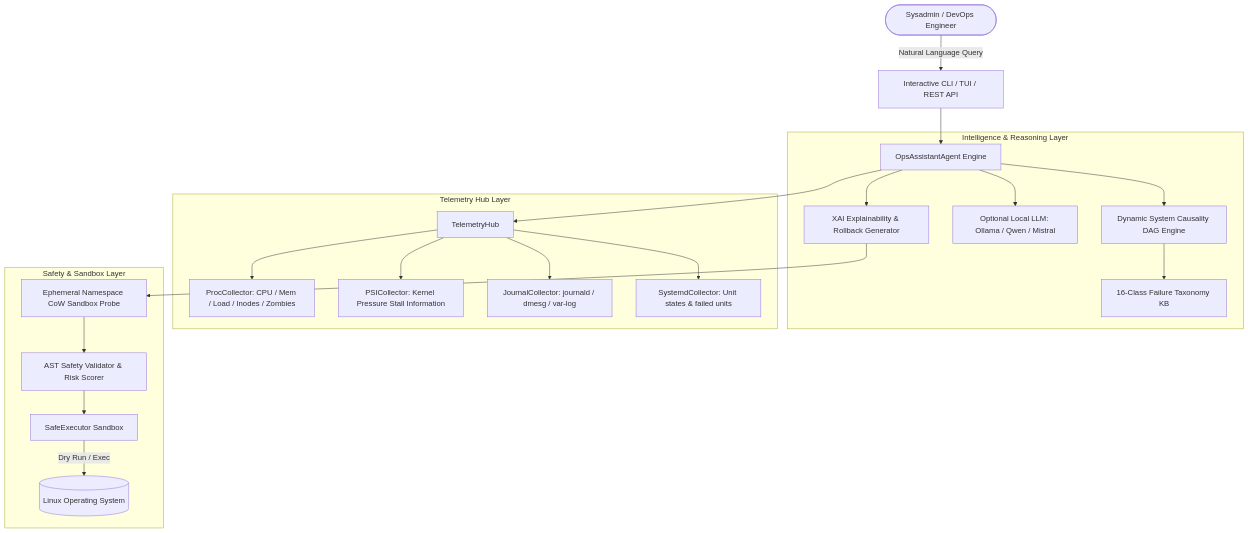
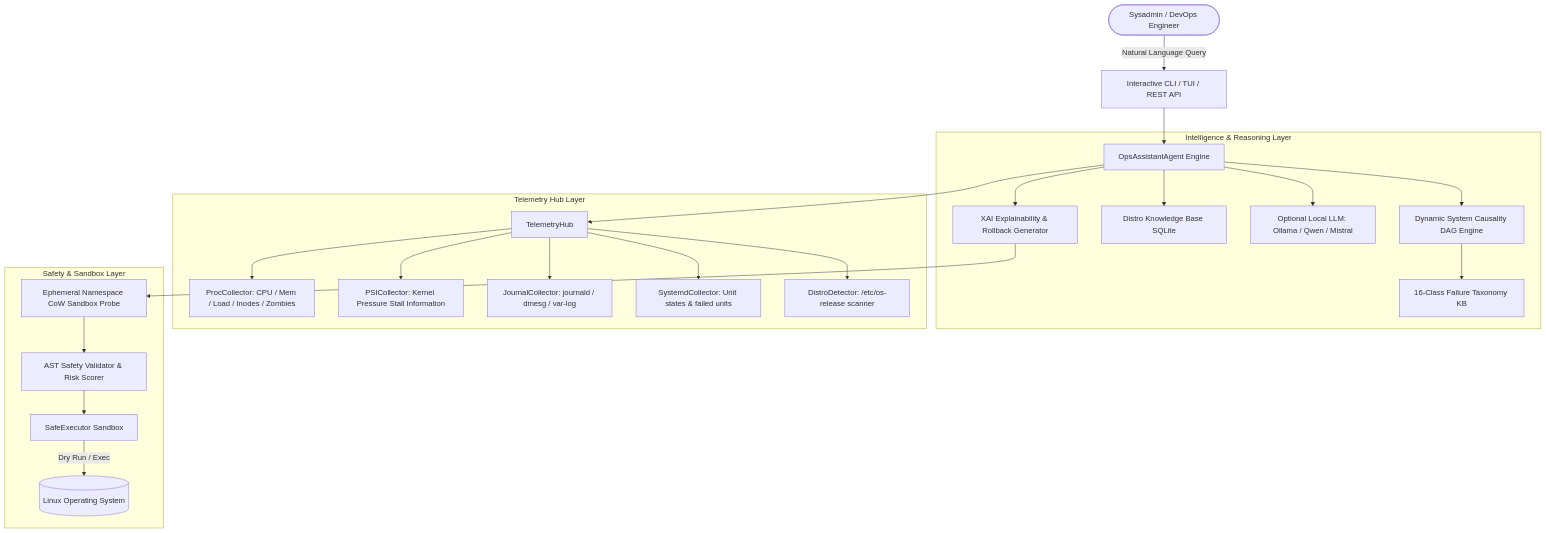
One commit to Dev-angPatil/01_LinuxOpsAssistant changed the diagram in SUBMISSION.md. Above: the diagram before and after it, drawn with Mermaid. The commit also changed other lines of this file and 33 other files, not shown here.

Commit message:
feat: complete Phase 1-4 delivery, multi-distro knowledge engine, causal DAG, PSI metrics, and in-process GGUF LLM provider

````diff
--- a/SUBMISSION.md
+++ b/SUBMISSION.md
@@ -116,27 +124,29 @@
 ```mermaid
 graph TD
     User([Sysadmin / DevOps Engineer]) -->|Natural Language Query| CLI[Interactive CLI / TUI / REST API]
     CLI --> Agent[OpsAssistantAgent Engine]
     
     subgraph Intelligence & Reasoning Layer
         Agent --> Causality[Dynamic System Causality DAG Engine]
         Causality --> Taxonomy[16-Class Failure Taxonomy KB]
+        Agent --> DistroDB[Distro Knowledge Base SQLite]
         Agent --> LLM[Optional Local LLM: Ollama / Qwen / Mistral]
         Agent --> XAI[XAI Explainability & Rollback Generator]
     end
 
     subgraph Telemetry Hub Layer
         Agent --> Hub[TelemetryHub]
         Hub --> Proc[ProcCollector: CPU / Mem / Load / Inodes / Zombies]
         Hub --> PSI[PSICollector: Kernel Pressure Stall Information]
         Hub --> Journal[JournalCollector: journald / dmesg / var-log]
         Hub --> Systemd[SystemdCollector: Unit states & failed units]
+        Hub --> Distro[DistroDetector: /etc/os-release scanner]
     end
 
     subgraph Safety & Sandbox Layer
         XAI --> Sandbox[Ephemeral Namespace CoW Sandbox Probe]
         Sandbox --> Safety[AST Safety Validator & Risk Scorer]
         Safety --> Executor[SafeExecutor Sandbox]
         Executor -->|Dry Run / Exec| Kernel[(Linux Operating System)]
     end
 ```
````
